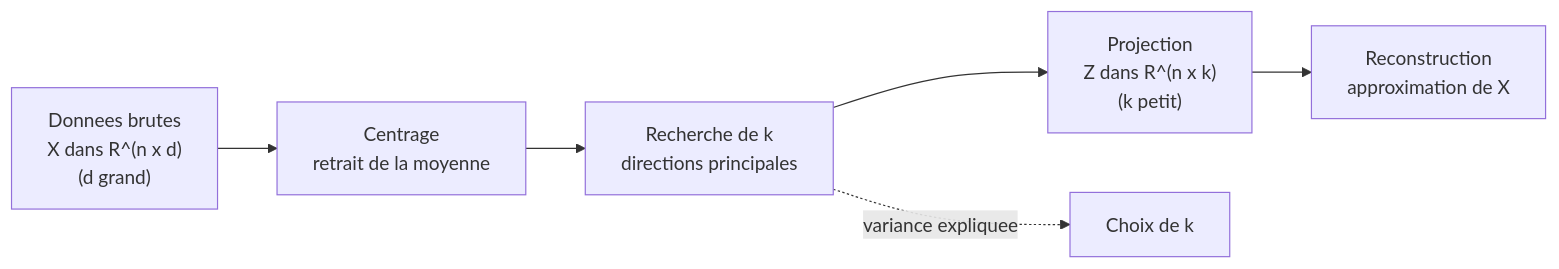
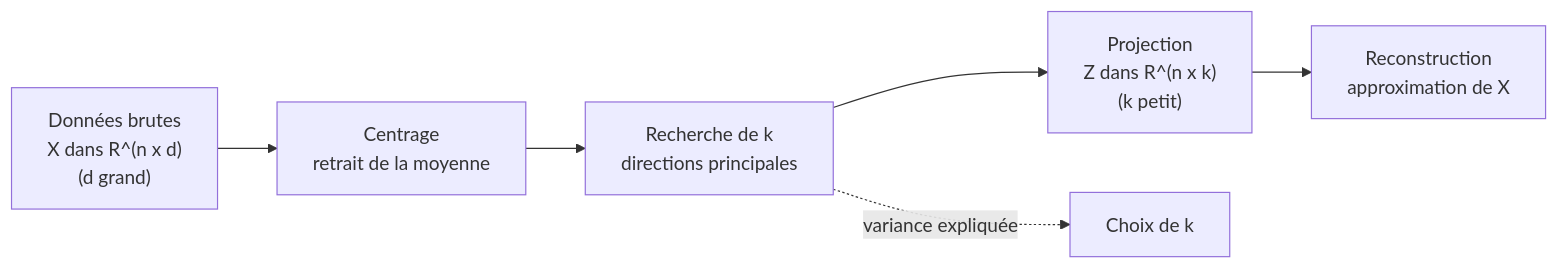
The first of 3 diagrams in chapitres/10-reduction-de-dimension-acp.md (tanguychenier/Mathematiques-pour-le-Machine-Learning), drawn with Mermaid before and after one commit. The commit also changed other lines of this file and 7 other files, not shown here.

````diff
--- a/chapitres/10-reduction-de-dimension-acp.md
+++ b/chapitres/10-reduction-de-dimension-acp.md
@@ -50,8 +50,8 @@
 ```mermaid
 flowchart LR
-    A["Donnees brutes<br/>X dans R^(n x d)<br/>(d grand)"] --> B["Centrage<br/>retrait de la moyenne"]
+    A["Données brutes<br/>X dans R^(n x d)<br/>(d grand)"] --> B["Centrage<br/>retrait de la moyenne"]
     B --> C["Recherche de k<br/>directions principales"]
     C --> D["Projection<br/>Z dans R^(n x k)<br/>(k petit)"]
     D --> E["Reconstruction<br/>approximation de X"]
-    C -.->|"variance expliquee"| F["Choix de k"]
+    C -.->|"variance expliquée"| F["Choix de k"]
 ```
````
